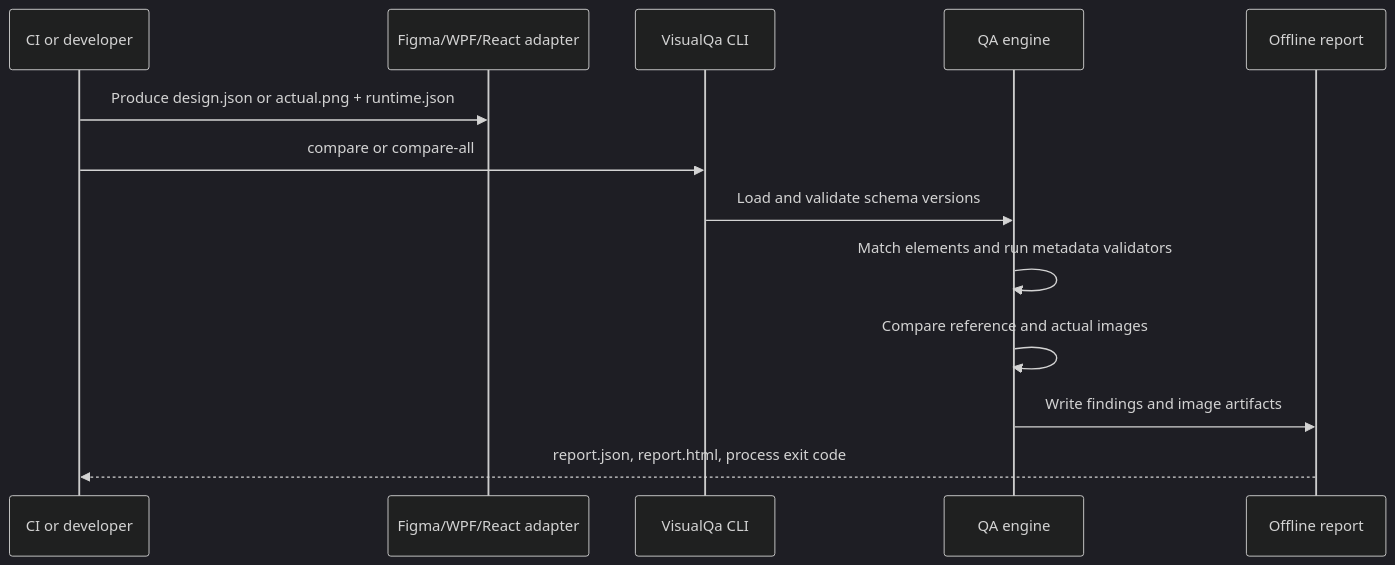
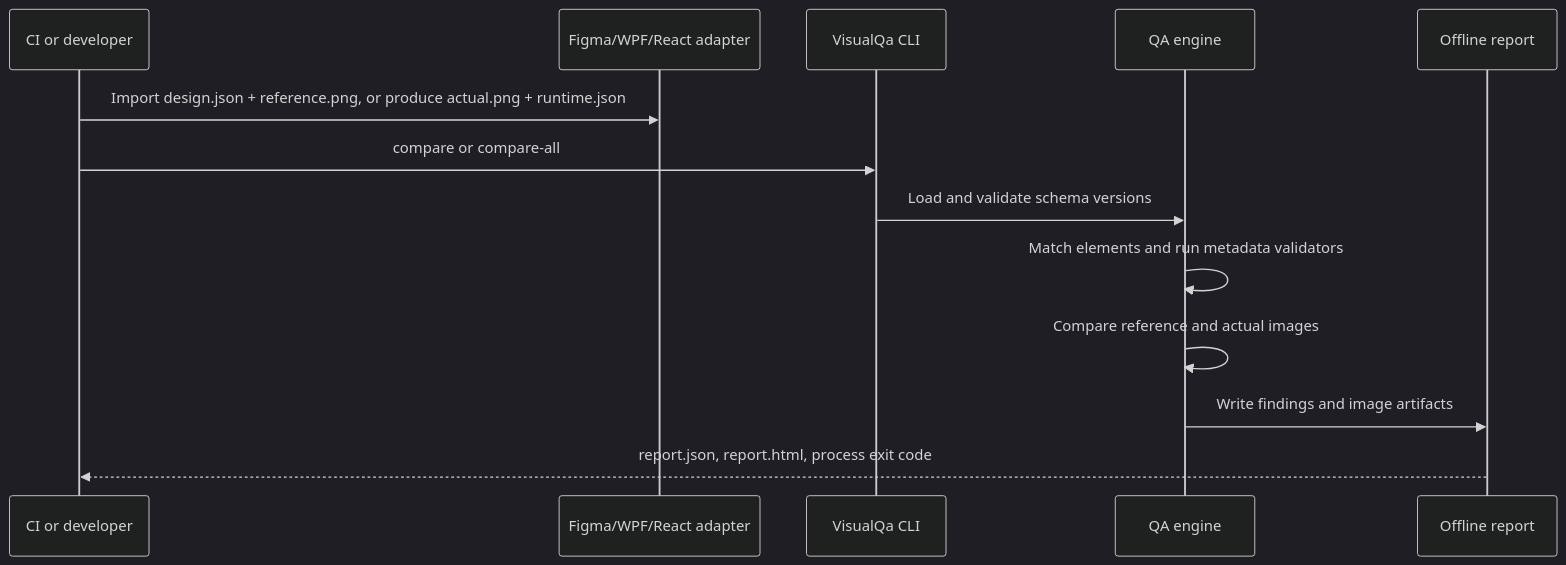
The second of 2 diagrams in docs/architecture.md (bilalnazerali-philips/Visual-QA), drawn with Mermaid (dark theme) before and after one commit. The commit also changed other lines of this file and 145 other files, not shown here.

````diff
--- a/docs/architecture.md
+++ b/docs/architecture.md
@@ -60,16 +62,16 @@
 ```mermaid
 sequenceDiagram
   participant CI as CI or developer
   participant Adapter as Figma/WPF/React adapter
   participant CLI as VisualQa CLI
   participant Engine as QA engine
   participant Report as Offline report
 
-  CI->>Adapter: Produce design.json or actual.png + runtime.json
+  CI->>Adapter: Import design.json + reference.png, or produce actual.png + runtime.json
   CI->>CLI: compare or compare-all
   CLI->>Engine: Load and validate schema versions
   Engine->>Engine: Match elements and run metadata validators
   Engine->>Engine: Compare reference and actual images
   Engine->>Report: Write findings and image artifacts
   Report-->>CI: report.json, report.html, process exit code
 ```
````
